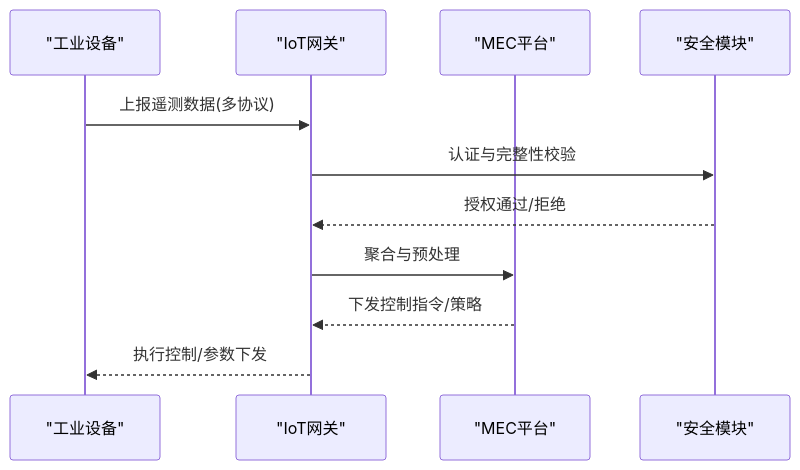
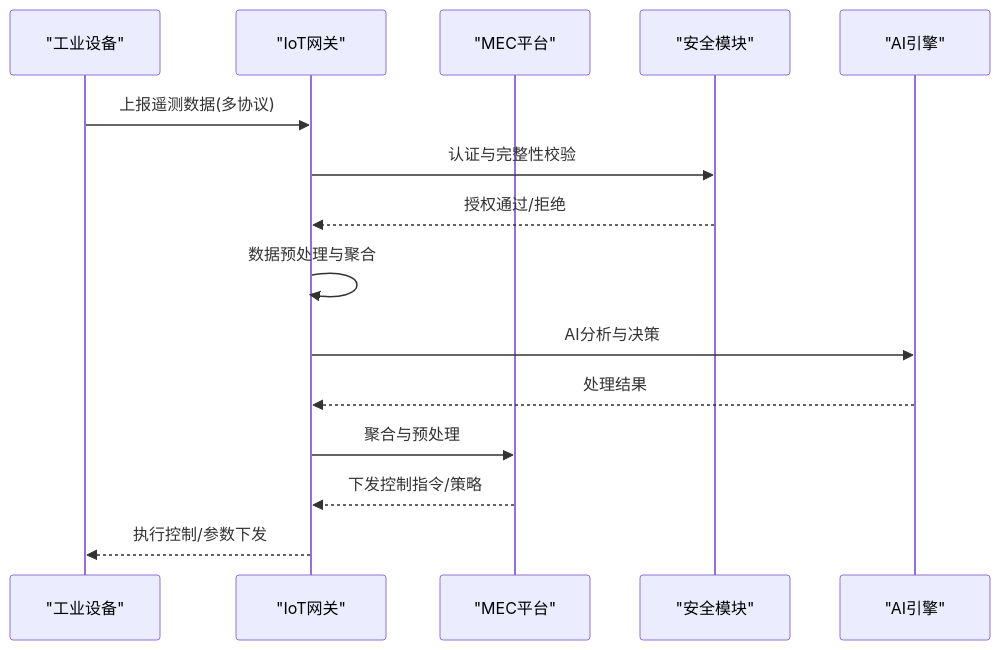
One commit to allengaller/oran-database changed the seventh of 10 diagrams in .qoder/repowiki/zh/content/应用场景/边缘计算集成.md. Above: the diagram before and after it, drawn with Mermaid. The commit also changed other lines of this file and 32 other files, not shown here.

````diff
--- a/.qoder/repowiki/zh/content/应用场景/边缘计算集成.md
+++ b/.qoder/repowiki/zh/content/应用场景/边缘计算集成.md
@@ -244,13 +261,17 @@
 ```mermaid
 sequenceDiagram
 participant DEV as "工业设备"
 participant GW as "IoT网关"
 participant MEC as "MEC平台"
 participant SEC as "安全模块"
+participant AI as "AI引擎"
 DEV->>GW : 上报遥测数据(多协议)
 GW->>SEC : 认证与完整性校验
 SEC-->>GW : 授权通过/拒绝
+GW->>GW : 数据预处理与聚合
+GW->>AI : AI分析与决策
+AI-->>GW : 处理结果
 GW->>MEC : 聚合与预处理
 MEC-->>GW : 下发控制指令/策略
 GW-->>DEV : 执行控制/参数下发
 ```
````
